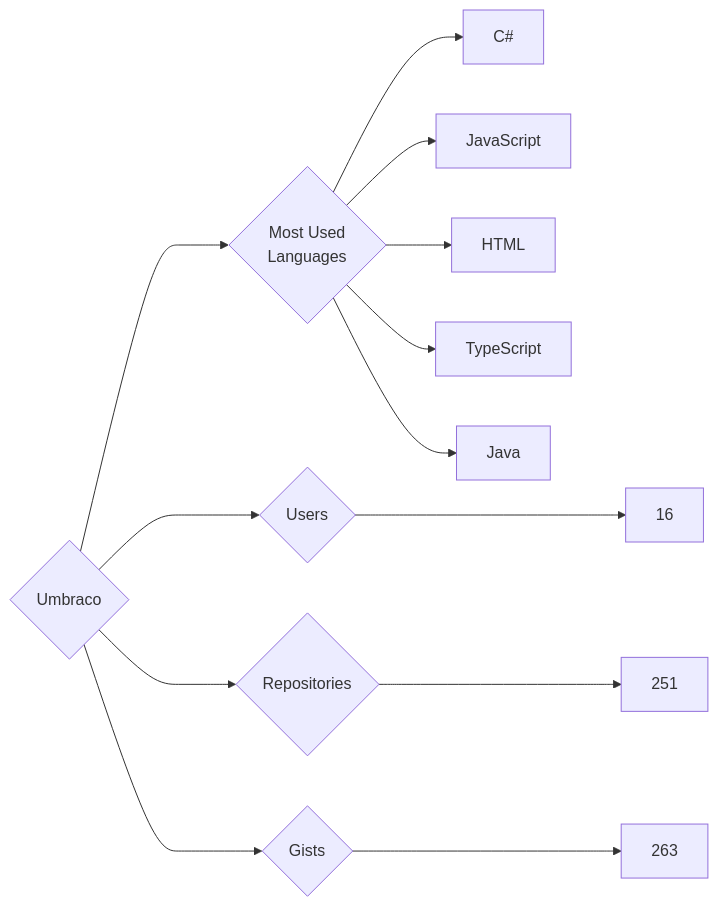
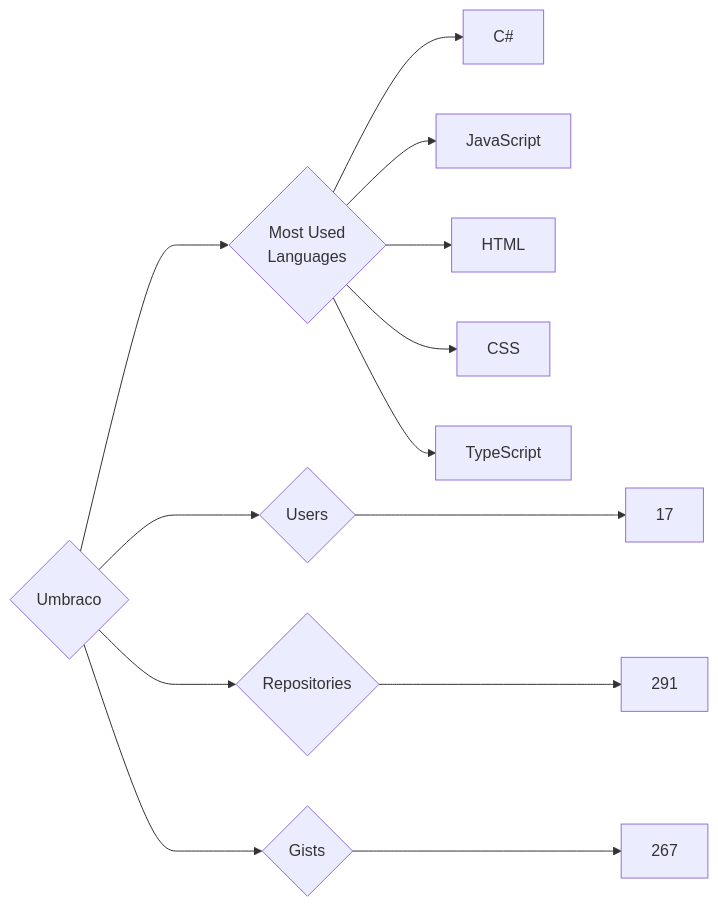
Before and after one commit to trickest/insiders: the diagram in targets/Umbraco/README.md, drawn with Mermaid. The commit also changed 871 other files, not shown here.

````diff
--- a/targets/Umbraco/README.md
+++ b/targets/Umbraco/README.md
@@ -3,13 +3,13 @@
 ```mermaid
 graph LR
 COMPANY_NAME{Umbraco}
-COMPANY_NAME ---> U{Users} ---> UN[16]
-COMPANY_NAME ---> R{Repositories} ---> RN[251]
-COMPANY_NAME ---> G{Gists} ---> GN[263]
+COMPANY_NAME ---> U{Users} ---> UN[17]
+COMPANY_NAME ---> R{Repositories} ---> RN[291]
+COMPANY_NAME ---> G{Gists} ---> GN[267]
 COMPANY_NAME ---> ML{Most Used<br>Languages}
 ML --> C#[C#]
 ML --> JavaScript[JavaScript]
 ML --> HTML[HTML]
+ML --> CSS[CSS]
 ML --> TypeScript[TypeScript]
-ML --> Java[Java]
 ```
````
